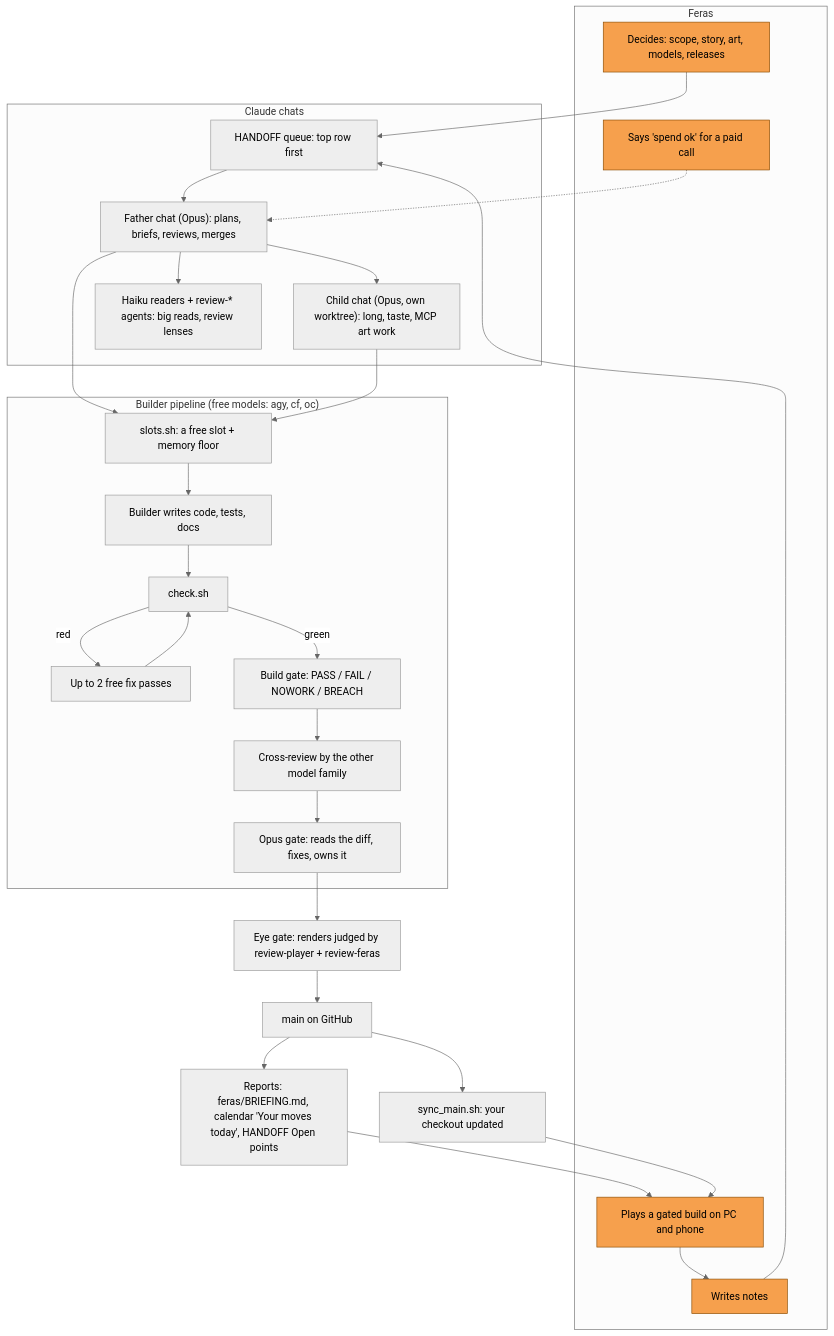
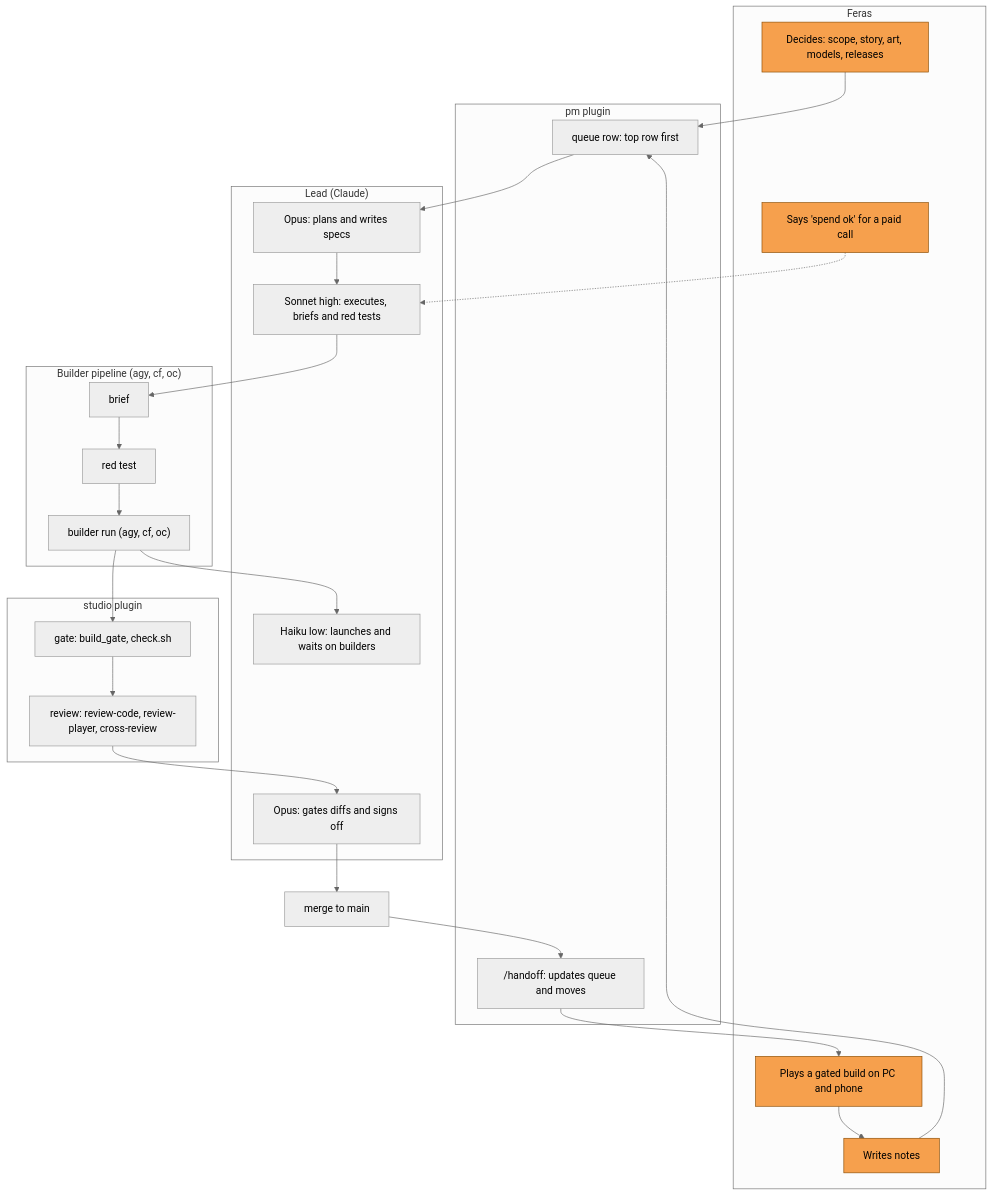
One commit to ferasalm/game changed the diagram in docs/HOW_WE_WORK.md. Above: the diagram before and after it, drawn with Mermaid (neutral theme). The commit also changed other lines of this file and 4 other files, not shown here.

Commit message:
Apply one-home map to WORKFLOW, models.md, HOW_WE_WORK and doc_check

````diff
--- a/docs/HOW_WE_WORK.md
+++ b/docs/HOW_WE_WORK.md
@@ -6,39 +6,44 @@
 ```mermaid
 flowchart TB
     subgraph You["Feras"]
         Decide["Decides: scope, story, art, models, releases"]
         Spend["Says 'spend ok' for a paid call"]
         Play["Plays a gated build on PC and phone"]
         Notes["Writes notes"]
     end
-    subgraph Chats["Claude chats"]
-        Queue["HANDOFF queue: top row first"]
-        Father["Father chat (Opus): plans, briefs, reviews, merges"]
-        Child["Child chat (Opus, own worktree): long, taste, MCP art work"]
-        Readers["Haiku readers + review-* agents: big reads, review lenses"]
+    subgraph PM["pm plugin"]
+        Queue["queue row: top row first"]
+        Handoff["/handoff: updates queue and moves"]
     end
-    subgraph Pipe["Builder pipeline (free models: agy, cf, oc)"]
-        Slots["slots.sh: a free slot + memory floor"] --> Build["Builder writes code, tests, docs"]
-        Build --> Check["check.sh"]
-        Check -- "red" --> Fix["Up to 2 free fix passes"] --> Check
-        Check -- "green" --> Gate["Build gate: PASS / FAIL / NOWORK / BREACH"]
-        Gate --> XR["Cross-review by the other model family"]
-        XR --> OpusGate["Opus gate: reads the diff, fixes, owns it"]
+    subgraph Lead["Lead (Claude)"]
+        OpusPlan["Opus: plans and writes specs"]
+        SonnetExec["Sonnet high: executes, briefs and red tests"]
+        HaikuWait["Haiku low: launches and waits on builders"]
+        OpusGate["Opus: gates diffs and signs off"]
     end
-    OpusGate --> Eye["Eye gate: renders judged by review-player + review-feras"]
-    Eye --> Main["main on GitHub"]
-    Main --> Sync["sync_main.sh: your checkout updated"]
-    Main --> Reports["Reports: feras/BRIEFING.md, calendar 'Your moves today', HANDOFF Open points"]
-    Queue --> Father
-    Father --> Child
-    Father --> Readers
-    Father --> Slots
-    Child --> Slots
+    subgraph Pipe["Builder pipeline (agy, cf, oc)"]
+        Brief["brief"] --> RedTest["red test"]
+        RedTest --> BuildRun["builder run (agy, cf, oc)"]
+    end
+    subgraph Studio["studio plugin"]
+        Gate["gate: build_gate, check.sh"]
+        Review["review: review-code, review-player, cross-review"]
+    end
+    Merge["merge to main"]
+
     Decide --> Queue
-    Spend -.-> Father
-    Reports --> Play
-    Sync --> Play
+    Queue --> OpusPlan
+    OpusPlan --> SonnetExec
+    SonnetExec --> Brief
+    BuildRun --> HaikuWait
+    BuildRun --> Gate
+    Gate --> Review
+    Review --> OpusGate
+    OpusGate --> Merge
+    Merge --> Handoff
+    Handoff --> Play
     Play --> Notes --> Queue
+    Spend -.-> SonnetExec
     classDef feras fill:#f6a04d,stroke:#8a4b00,color:#000
     class Decide,Spend,Play,Notes feras
 ```
````
